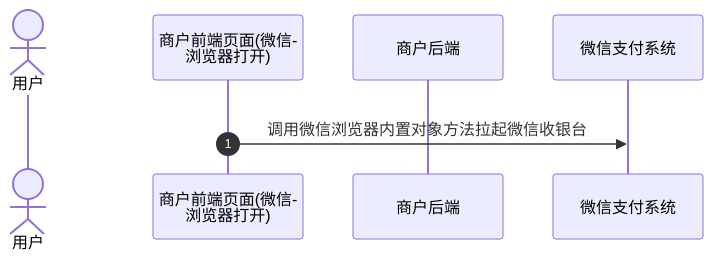
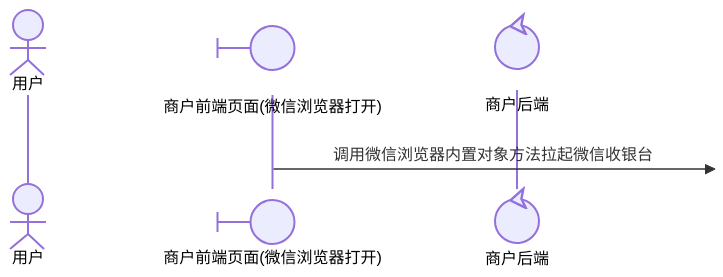
One commit to minibear2021/wechatpay_docs changed the second of 4 diagrams in docs/merchant/pages/4012791870.md. Above: the diagram before and after it, drawn with Mermaid. The commit also changed other lines of this file and 793 other files, not shown here.

````diff
--- a/docs/merchant/pages/4012791870.md
+++ b/docs/merchant/pages/4012791870.md
@@ -59,13 +57,15 @@
 ```mermaid
-%%{init: { "sequence": { "wrap": true, "wrapPadding": 10, "noteAlign": "left" } } }%%
+%%{init: {
+  "sequence": {
+    "height":110,
+    "messageMargin":45
+  }
+}}%%
 sequenceDiagram
-    rect rgb(255,255,255)
-        autonumber
-        actor User as 用户
-        participant Mch as 商户前端页面(微信浏览器打开)
-        participant Mch2 as 商户后端
-        participant WxPay as 微信支付系统
+    actor User as 用户
+    participant Mch@{ type: boundary } as 商户前端页面(微信浏览器打开)
+    participant Mch2@{ type: control } as 商户后端
+    participant WxPay@{ type: secondaryActor } as 微信支付系统
 
-        Mch->>WxPay: 调用微信浏览器内置对象方法拉起微信收银台
-    end
+	Mch->>WxPay: 调用微信浏览器内置对象方法拉起微信收银台
 ```
````
